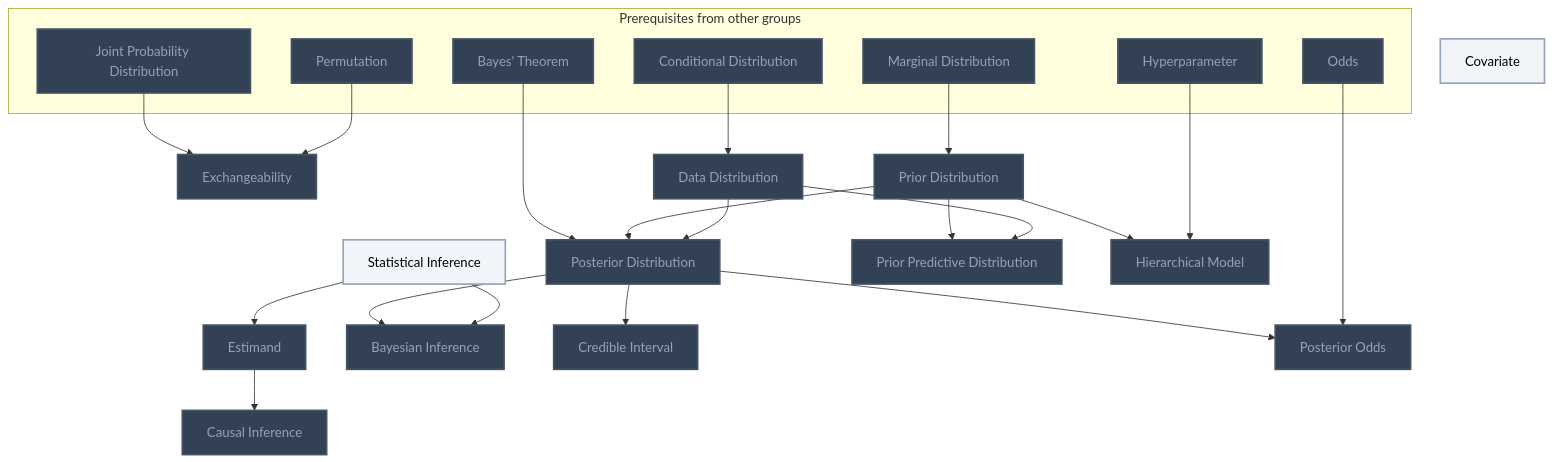
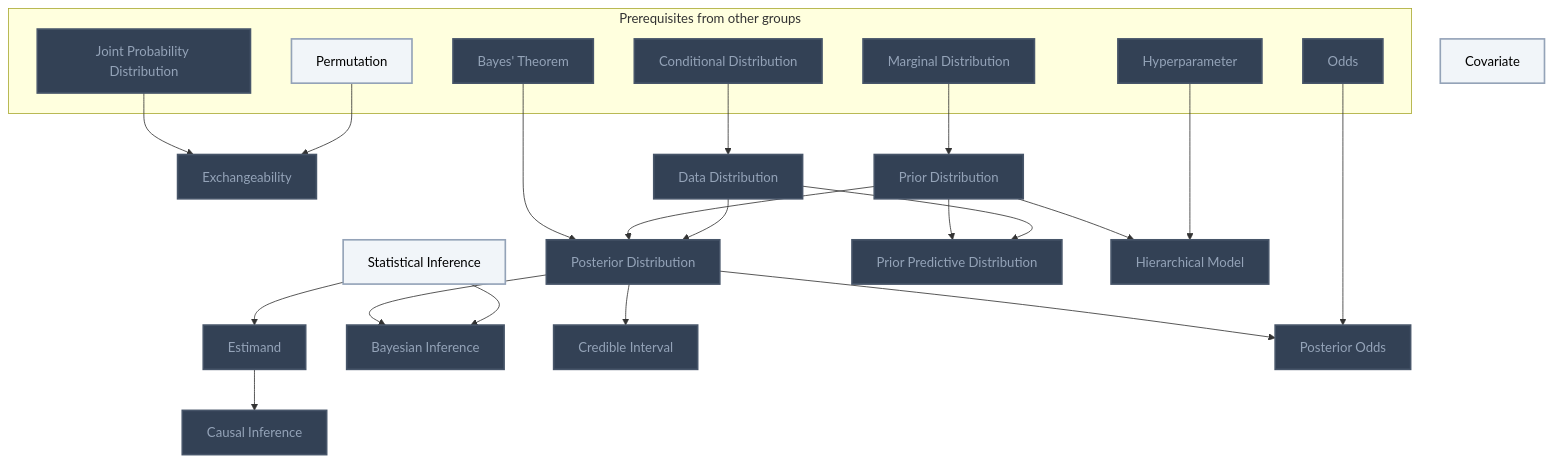
One commit to MRauf1/My-Notes changed the third of 6 diagrams in Gamification/Skill Trees/Bayesian Statistics.md. Above: the diagram before and after it, drawn with Mermaid. The commit also changed 156 other files, not shown here.

````diff
--- a/Gamification/Skill Trees/Bayesian Statistics.md
+++ b/Gamification/Skill Trees/Bayesian Statistics.md
@@ -64,55 +64,55 @@
 ```mermaid
 flowchart TD
     classDef planned fill:#1E293B,stroke:#64748B,stroke-width:2px,stroke-dasharray:5 5,color:#94A3B8;
     classDef locked fill:#334155,stroke:#475569,stroke-width:2px,color:#94A3B8;
     classDef L0 fill:#F1F5F9,stroke:#94A3B8,stroke-width:2px,color:#000000;
     classDef L1 fill:#22C55E,stroke:#15803D,stroke-width:2px,color:#000000;
     classDef L2 fill:#3B82F6,stroke:#1D4ED8,stroke-width:3px,color:#FFFFFF;
     classDef L3 fill:#A855F7,stroke:#6B21A8,stroke-width:3px,color:#FFFFFF,font-weight:bold;
     classDef L4 fill:#F97316,stroke:#C2410C,stroke-width:4px,color:#000000,font-weight:bold;
     classDef L5 fill:#FFD700,stroke:#FF8C00,stroke-width:5px,color:#000000,font-weight:bold;
     classDef rusty stroke:#8B4513,stroke-width:4px,stroke-dasharray:3 3;
     subgraph sg_prereqs["Prerequisites from other groups"]
         n_joint_probability_distribution["Joint Probability Distribution"]
         n_permutation["Permutation"]
         n_conditional_distribution["Conditional Distribution"]
         n_marginal_distribution["Marginal Distribution"]
         n_bayes_theorem["Bayes' Theorem"]
         n_odds["Odds"]
         n_hyperparameter["Hyperparameter"]
     end
     n_statistical_inference["Statistical Inference"]
     n_estimand["Estimand"]
     n_causal_inference["Causal Inference"]
     n_covariate["Covariate"]
     n_exchangeability["Exchangeability"]
     n_data_distribution["Data Distribution"]
     n_prior_distribution["Prior Distribution"]
     n_posterior_distribution["Posterior Distribution"]
     n_prior_predictive_distribution["Prior Predictive Distribution"]
     n_bayesian_inference["Bayesian Inference"]
     n_credible_interval["Credible Interval"]
     n_posterior_odds["Posterior Odds"]
     n_hierarchical_model["Hierarchical Model"]
     n_statistical_inference --> n_estimand
     n_estimand --> n_causal_inference
     n_joint_probability_distribution --> n_exchangeability
     n_permutation --> n_exchangeability
     n_conditional_distribution --> n_data_distribution
     n_marginal_distribution --> n_prior_distribution
     n_bayes_theorem --> n_posterior_distribution
     n_prior_distribution --> n_posterior_distribution
     n_data_distribution --> n_posterior_distribution
     n_prior_distribution --> n_prior_predictive_distribution
     n_data_distribution --> n_prior_predictive_distribution
     n_posterior_distribution --> n_bayesian_inference
     n_statistical_inference --> n_bayesian_inference
     n_posterior_distribution --> n_credible_interval
     n_posterior_distribution --> n_posterior_odds
     n_odds --> n_posterior_odds
     n_prior_distribution --> n_hierarchical_model
     n_hyperparameter --> n_hierarchical_model
-    class n_joint_probability_distribution,n_permutation,n_conditional_distribution,n_marginal_distribution,n_bayes_theorem,n_odds,n_hyperparameter,n_estimand,n_causal_inference,n_exchangeability,n_data_distribution,n_prior_distribution,n_posterior_distribution,n_prior_predictive_distribution,n_bayesian_inference,n_credible_interval,n_posterior_odds,n_hierarchical_model locked;
-    class n_statistical_inference,n_covariate L0;
+    class n_joint_probability_distribution,n_conditional_distribution,n_marginal_distribution,n_bayes_theorem,n_odds,n_hyperparameter,n_estimand,n_causal_inference,n_exchangeability,n_data_distribution,n_prior_distribution,n_posterior_distribution,n_prior_predictive_distribution,n_bayesian_inference,n_credible_interval,n_posterior_odds,n_hierarchical_model locked;
+    class n_permutation,n_statistical_inference,n_covariate L0;
     class n_joint_probability_distribution,n_permutation,n_conditional_distribution,n_marginal_distribution,n_bayes_theorem,n_odds,n_hyperparameter,n_statistical_inference,n_estimand,n_causal_inference,n_covariate,n_exchangeability,n_data_distribution,n_prior_distribution,n_posterior_distribution,n_prior_predictive_distribution,n_bayesian_inference,n_credible_interval,n_posterior_odds,n_hierarchical_model internal-link;
 ```
````
